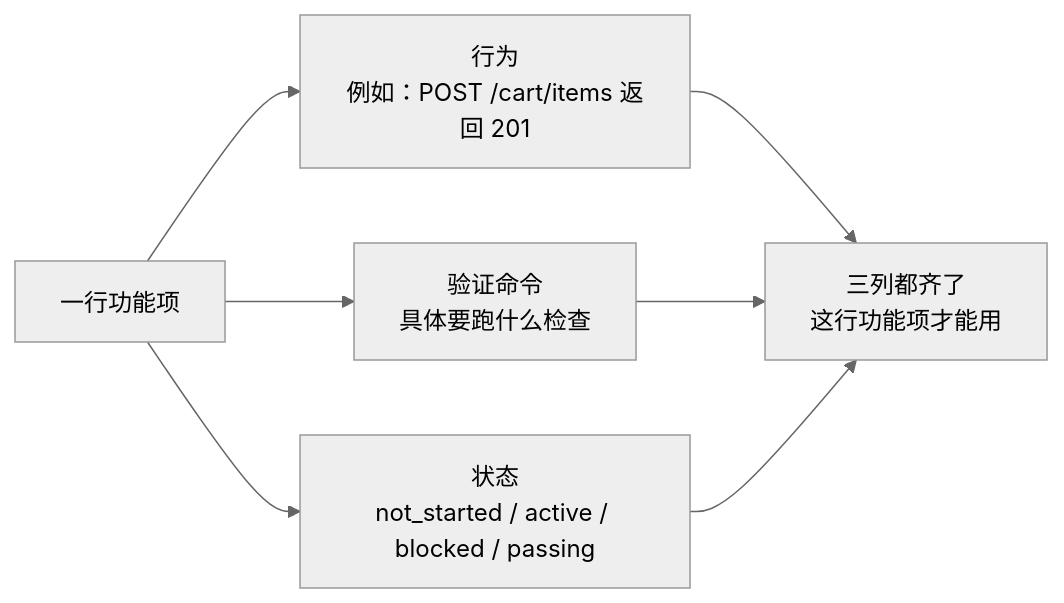
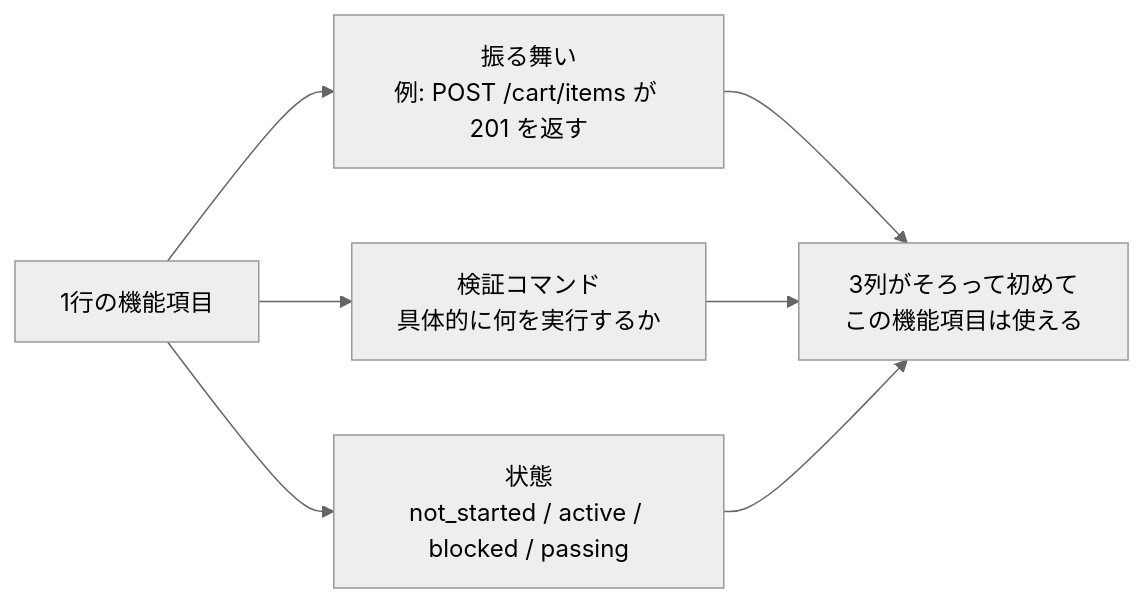
The first of 2 diagrams in docs/zh/lectures/lecture-08-why-feature-lists-are-harness-primitives/index.md (mkusaka/learn-harness-engineering), drawn with Mermaid (neutral theme) before and after one commit. The commit also changed other lines of this file and 571 other files, not shown here.

````diff
--- a/docs/zh/lectures/lecture-08-why-feature-lists-are-harness-primitives/index.md
+++ b/docs/zh/lectures/lecture-08-why-feature-lists-are-harness-primitives/index.md
@@ -32,10 +32,10 @@
 ```mermaid
 flowchart LR
-    Feature["一行功能项"] --> Behavior["行为<br/>例如：POST /cart/items 返回 201"]
-    Feature --> Check["验证命令<br/>具体要跑什么检查"]
-    Feature --> State["状态<br/>not_started / active / blocked / passing"]
+    Feature["1行の機能項目"] --> Behavior["振る舞い<br/>例: POST /cart/items が 201 を返す"]
+    Feature --> Check["検証コマンド<br/>具体的に何を実行するか"]
+    Feature --> State["状態<br/>not_started / active / blocked / passing"]
 
-    Behavior --> Complete["三列都齐了<br/>这行功能项才能用"]
+    Behavior --> Complete["3列がそろって初めて<br/>この機能項目は使える"]
     Check --> Complete
     State --> Complete
 ```
````
